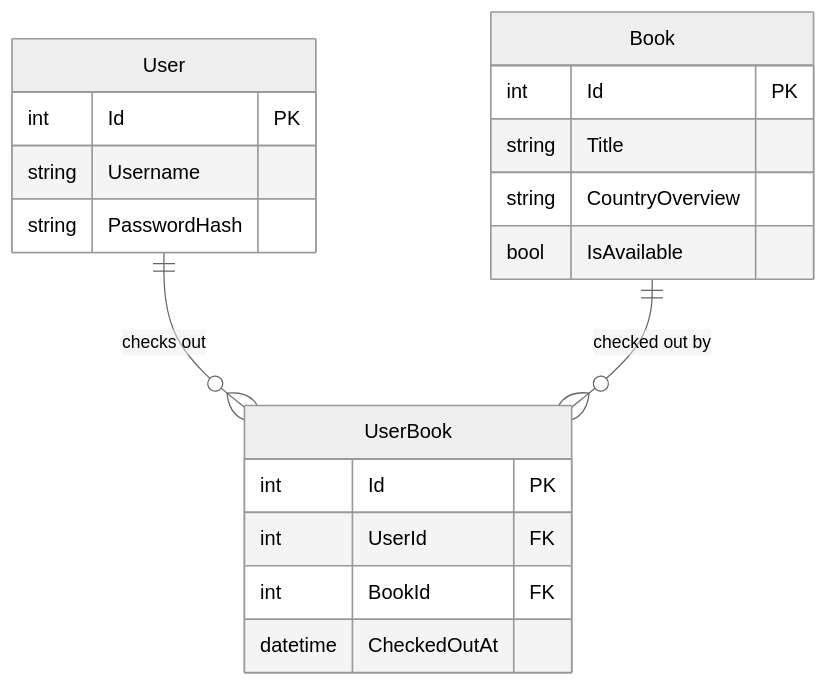
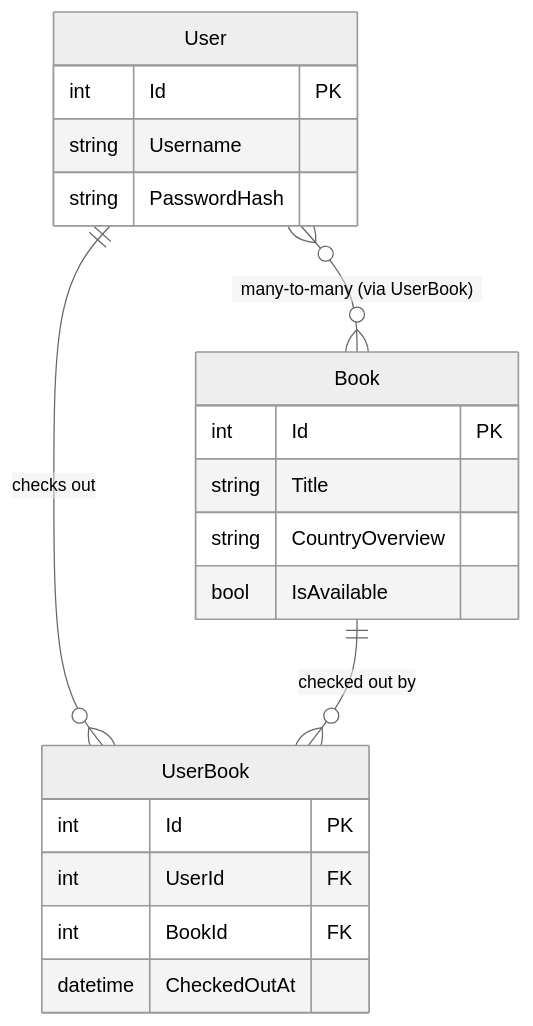
Before and after one commit to wasiddiqui-glitch/Adalfi_Practice: the diagram in library-management-system/ERD.md, drawn with Mermaid (neutral theme).

Commit message:
Add many-to-many relationship to ERD

````diff
--- a/library-management-system/ERD.md
+++ b/library-management-system/ERD.md
@@ -1,25 +1,26 @@
 ```mermaid
 erDiagram
     User {
         int Id PK
         string Username
         string PasswordHash
     }
 
     Book {
         int Id PK
         string Title
         string CountryOverview
         bool IsAvailable
     }
 
     UserBook {
         int Id PK
         int UserId FK
         int BookId FK
         datetime CheckedOutAt
     }
 
     User ||--o{ UserBook : "checks out"
     Book ||--o{ UserBook : "checked out by"
+    User }o--o{ Book : "many-to-many (via UserBook)"
 ```
````
